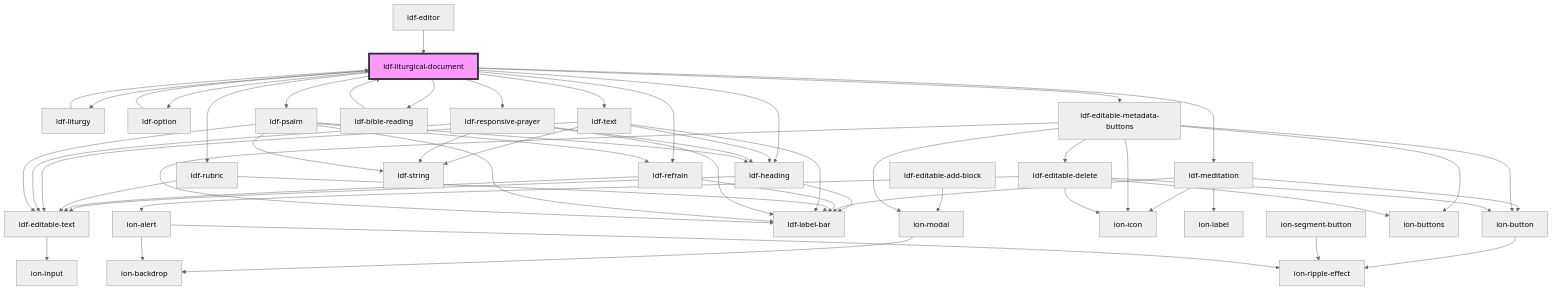
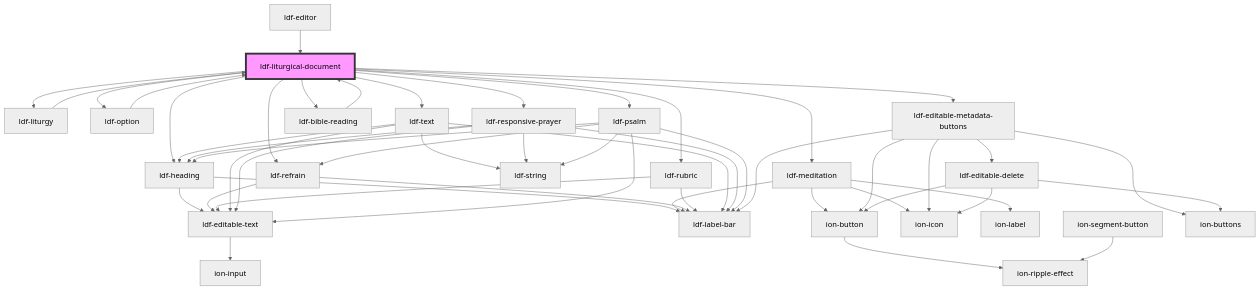
Before and after one commit to gbj/venite: the diagram in components/src/components/liturgical-document/readme.md, drawn with Mermaid (neutral theme). The commit also changed 7 other files, not shown here.

````diff
--- a/components/src/components/liturgical-document/readme.md
+++ b/components/src/components/liturgical-document/readme.md
@@ -51,59 +51,53 @@
 ```mermaid
 graph TD;
   ldf-liturgical-document --> ldf-liturgy
   ldf-liturgical-document --> ldf-heading
   ldf-liturgical-document --> ldf-meditation
   ldf-liturgical-document --> ldf-option
   ldf-liturgical-document --> ldf-refrain
   ldf-liturgical-document --> ldf-rubric
   ldf-liturgical-document --> ldf-text
   ldf-liturgical-document --> ldf-responsive-prayer
   ldf-liturgical-document --> ldf-bible-reading
   ldf-liturgical-document --> ldf-psalm
   ldf-liturgical-document --> ldf-editable-metadata-buttons
   ldf-liturgy --> ldf-liturgical-document
-  ldf-editable-add-block --> ion-modal
-  ion-modal --> ion-backdrop
   ldf-heading --> ldf-editable-text
   ldf-heading --> ldf-label-bar
   ldf-editable-text --> ion-input
   ldf-meditation --> ion-button
   ldf-meditation --> ion-icon
   ldf-meditation --> ion-label
   ldf-meditation --> ldf-label-bar
   ion-button --> ion-ripple-effect
   ldf-option --> ldf-liturgical-document
   ion-segment-button --> ion-ripple-effect
   ldf-refrain --> ldf-label-bar
   ldf-refrain --> ldf-editable-text
   ldf-rubric --> ldf-label-bar
   ldf-rubric --> ldf-editable-text
   ldf-text --> ldf-label-bar
   ldf-text --> ldf-heading
   ldf-text --> ldf-editable-text
   ldf-text --> ldf-string
   ldf-responsive-prayer --> ldf-editable-text
   ldf-responsive-prayer --> ldf-string
   ldf-responsive-prayer --> ldf-label-bar
   ldf-responsive-prayer --> ldf-heading
   ldf-bible-reading --> ldf-liturgical-document
   ldf-psalm --> ldf-refrain
   ldf-psalm --> ldf-heading
   ldf-psalm --> ldf-label-bar
   ldf-psalm --> ldf-editable-text
   ldf-psalm --> ldf-string
-  ldf-editable-metadata-buttons --> ion-modal
   ldf-editable-metadata-buttons --> ldf-label-bar
   ldf-editable-metadata-buttons --> ion-buttons
   ldf-editable-metadata-buttons --> ion-button
   ldf-editable-metadata-buttons --> ion-icon
   ldf-editable-metadata-buttons --> ldf-editable-delete
-  ldf-editable-delete --> ion-alert
   ldf-editable-delete --> ion-buttons
   ldf-editable-delete --> ion-button
   ldf-editable-delete --> ion-icon
-  ion-alert --> ion-ripple-effect
-  ion-alert --> ion-backdrop
   ldf-editor --> ldf-liturgical-document
   style ldf-liturgical-document fill:#f9f,stroke:#333,stroke-width:4px
 ```
````
